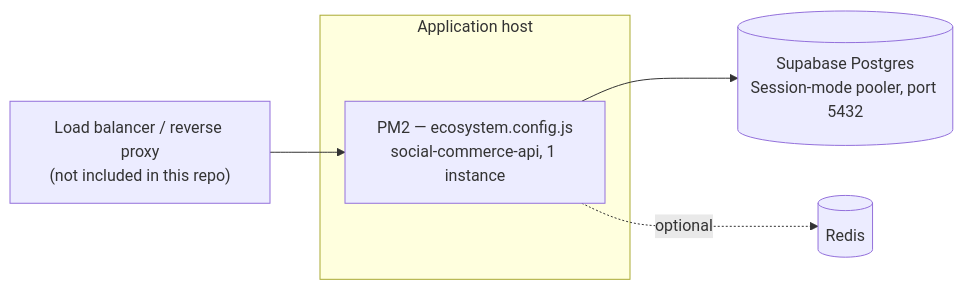
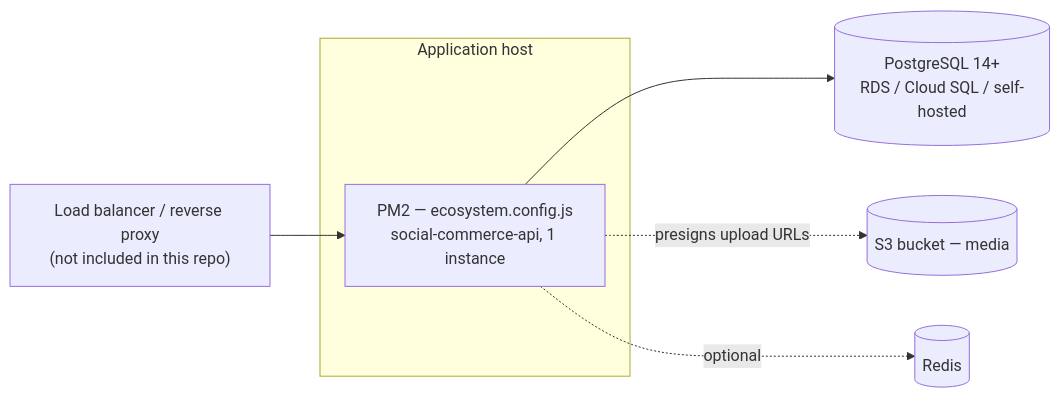
The diagram in docs/05-deployment-and-operations.md (link2salman/social-commerce-backend), drawn with Mermaid before and after one commit. The commit also changed other lines of this file and 29 other files, not shown here.

````diff
--- a/docs/05-deployment-and-operations.md
+++ b/docs/05-deployment-and-operations.md
@@ -9,9 +10,10 @@
 ```mermaid
 flowchart LR
     LB["Load balancer / reverse proxy\n(not included in this repo)"] --> PM2
     subgraph Host["Application host"]
         PM2["PM2 — ecosystem.config.js\nsocial-commerce-api, 1 instance"]
     end
-    PM2 --> PG[("Supabase Postgres\nSession-mode pooler, port 5432")]
+    PM2 --> PG[("PostgreSQL 14+\nRDS / Cloud SQL / self-hosted")]
+    PM2 -.->|"presigns upload URLs"| S3[("S3 bucket — media")]
     PM2 -.->|"optional"| Redis[("Redis")]
 ```
````
